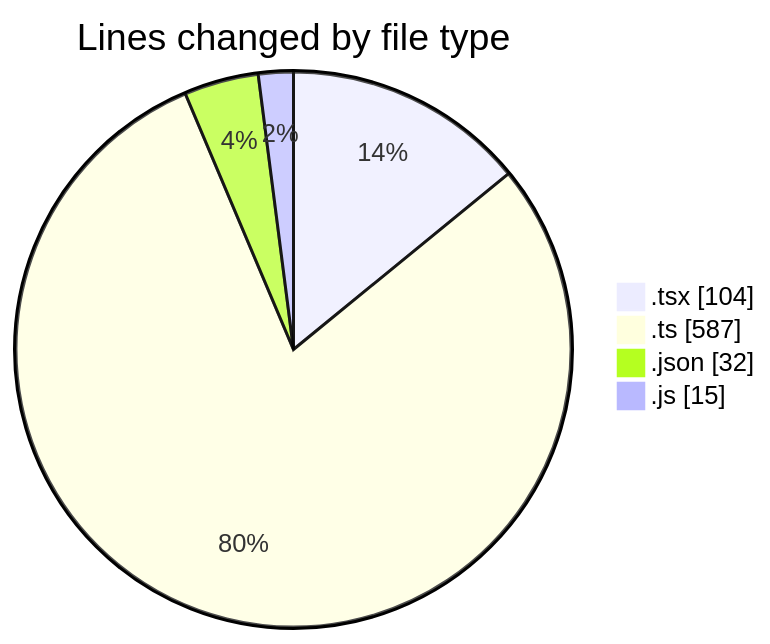
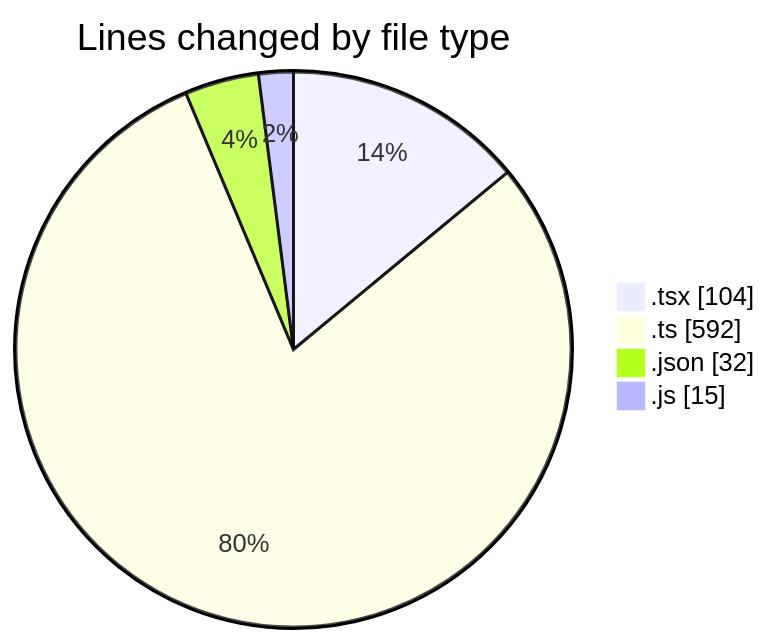
One commit to momahboobian/code-tracking changed the first of 2 diagrams in 2026-07-22/cda/README.md. Above: the diagram before and after it, drawn with Mermaid. The commit also changed other lines of this file and 1 other file, not shown here.

````diff
--- a/2026-07-22/cda/README.md
+++ b/2026-07-22/cda/README.md
@@ -26,8 +26,8 @@
 ```mermaid
 pie showData
 title Lines changed by file type
 ".tsx" : 104
-".ts" : 587
+".ts" : 592
 ".json" : 32
 ".js" : 15
 ```
````
